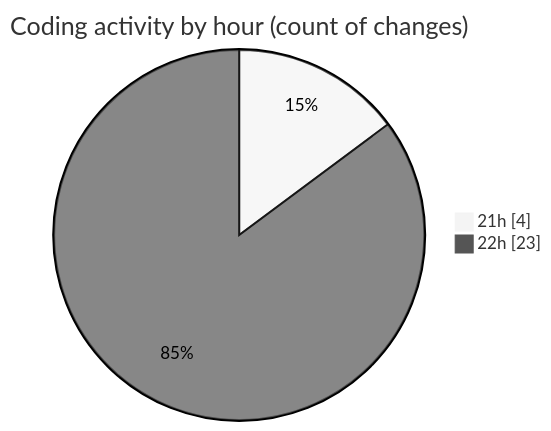
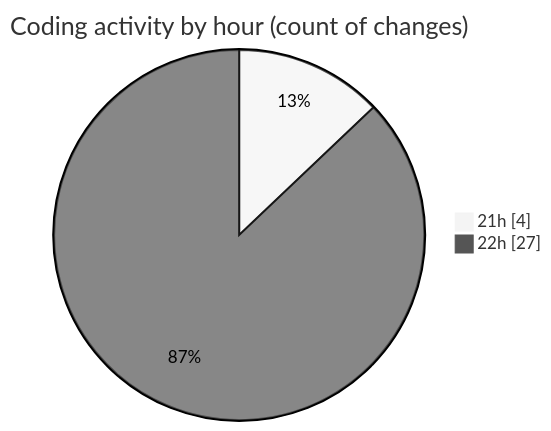
One commit to MatusMokan/code-tracking changed the second of 2 diagrams in 2025-11-14/untitled__workspace_/README.md. Above: the diagram before and after it, drawn with Mermaid (neutral theme). The commit also changed other lines of this file and 1 other file, not shown here.

````diff
--- a/2025-11-14/untitled__workspace_/README.md
+++ b/2025-11-14/untitled__workspace_/README.md
@@ -32,6 +32,6 @@
 ```mermaid
 pie showData
 title Coding activity by hour (count of changes)
 "21h" : 4
-"22h" : 23
+"22h" : 27
 ```
````
